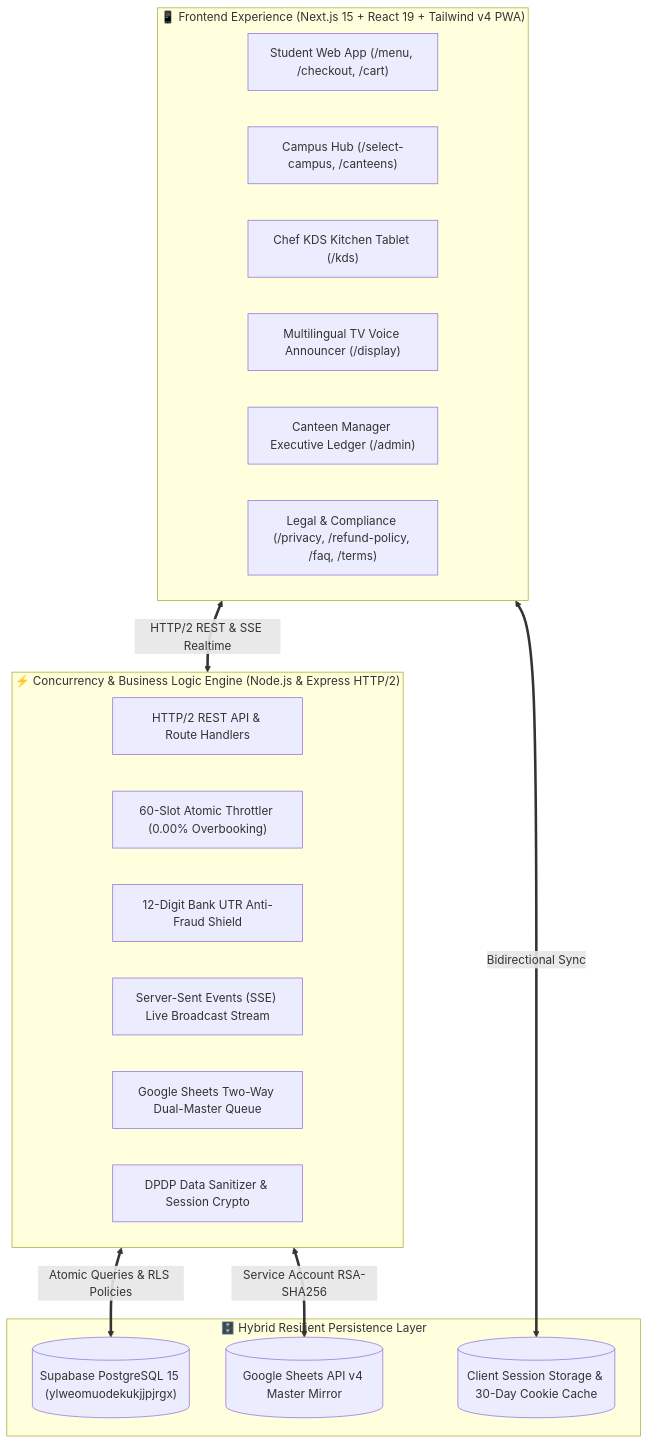
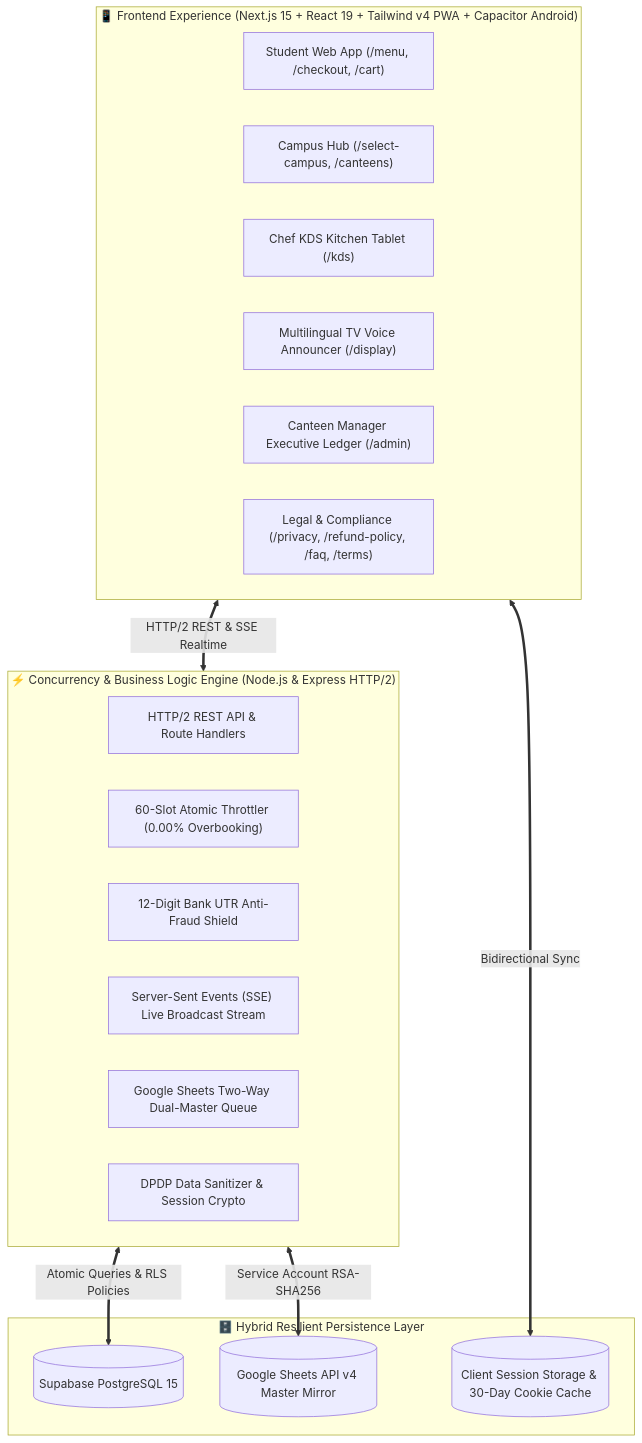
Before and after one commit to dakrkakashi/FoodLine-Campus: the diagram in README.md, drawn with Mermaid. The commit also changed other lines of this file, not shown here.

Commit message:
docs(readme): upgrade README with Vercel deployment guide, Capacitor Android specs, and live badges

````diff
--- a/README.md
+++ b/README.md
@@ -131,31 +122,31 @@
 ```mermaid
 graph TD
-    subgraph ClientLayer ["📱 Frontend Experience (Next.js 15 + React 19 + Tailwind v4 PWA)"]
+    subgraph ClientLayer ["📱 Frontend Experience (Next.js 15 + React 19 + Tailwind v4 PWA + Capacitor Android)"]
         UI1["Student Web App (/menu, /checkout, /cart)"]
         UI2["Campus Hub (/select-campus, /canteens)"]
         UI3["Chef KDS Kitchen Tablet (/kds)"]
         UI4["Multilingual TV Voice Announcer (/display)"]
         UI5["Canteen Manager Executive Ledger (/admin)"]
         UI6["Legal & Compliance (/privacy, /refund-policy, /faq, /terms)"]
     end
 
     subgraph EngineLayer ["⚡ Concurrency & Business Logic Engine (Node.js & Express HTTP/2)"]
         E1["HTTP/2 REST API & Route Handlers"]
         E2["60-Slot Atomic Throttler (0.00% Overbooking)"]
         E3["12-Digit Bank UTR Anti-Fraud Shield"]
         E4["Server-Sent Events (SSE) Live Broadcast Stream"]
         E5["Google Sheets Two-Way Dual-Master Queue"]
         E6["DPDP Data Sanitizer & Session Crypto"]
     end
 
     subgraph DataLayer ["🗄️ Hybrid Resilient Persistence Layer"]
-        DB1[("Supabase PostgreSQL 15 (ylweomuodekukjjpjrgx)")]
+        DB1[("Supabase PostgreSQL 15")]
         DB2[("Google Sheets API v4 Master Mirror")]
         DB3[("Client Session Storage & 30-Day Cookie Cache")]
     end
 
     ClientLayer <== "HTTP/2 REST & SSE Realtime" ==> EngineLayer
     EngineLayer <== "Atomic Queries & RLS Policies" ==> DB1
     EngineLayer <== "Service Account RSA-SHA256" ==> DB2
     ClientLayer <== "Bidirectional Sync" ==> DB3
 ```
````
